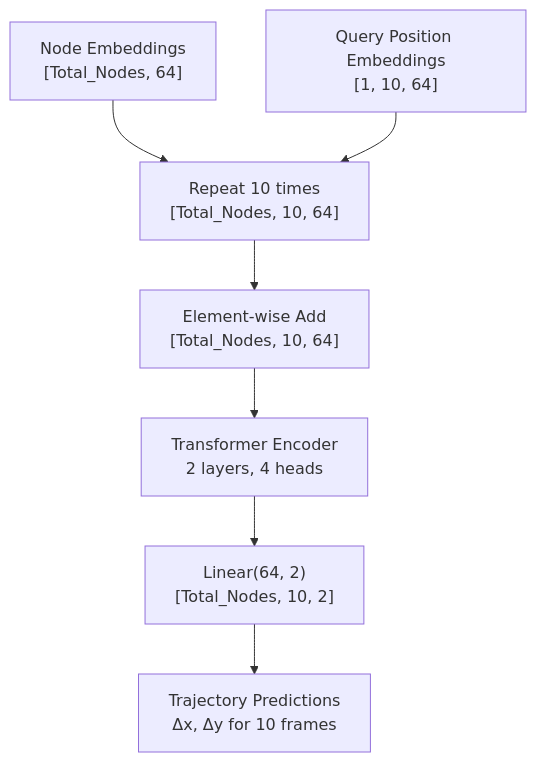
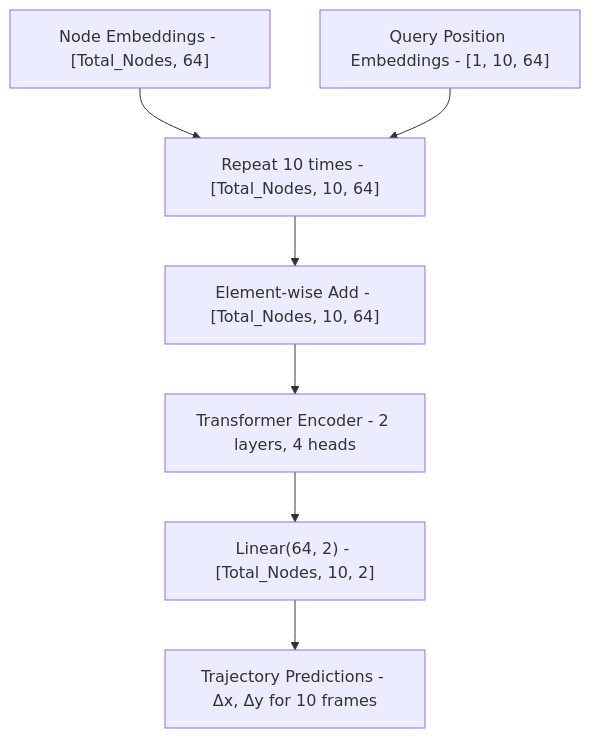
Before and after one commit to tanm-sys/NFL: the third of 5 diagrams in docs/architecture.md, drawn with Mermaid. The commit also changed other lines of this file and 1 other file, not shown here.

Commit message:
docs: standardize mermaid graph node label formatting for improved readability.

````diff
--- a/docs/architecture.md
+++ b/docs/architecture.md
@@ -134,9 +134,9 @@
 ```mermaid
 graph TD
-    NodeEmb["Node Embeddings<br/>[Total_Nodes, 64]"] --> Expand["Repeat 10 times<br/>[Total_Nodes, 10, 64]"]
-    QueryPos["Query Position Embeddings<br/>[1, 10, 64]"] --> Expand
-    Expand --> Add["Element-wise Add<br/>[Total_Nodes, 10, 64]"]
-    Add --> Trans["Transformer Encoder<br/>2 layers, 4 heads"]
-    Trans --> Head["Linear(64, 2)<br/>[Total_Nodes, 10, 2]"]
-    Head --> Output["Trajectory Predictions<br/>Δx, Δy for 10 frames"]
+    NodeEmb["Node Embeddings - [Total_Nodes, 64]"] --> Expand["Repeat 10 times - [Total_Nodes, 10, 64]"]
+    QueryPos["Query Position Embeddings - [1, 10, 64]"] --> Expand
+    Expand --> Add["Element-wise Add - [Total_Nodes, 10, 64]"]
+    Add --> Trans["Transformer Encoder - 2 layers, 4 heads"]
+    Trans --> Head["Linear(64, 2) - [Total_Nodes, 10, 2]"]
+    Head --> Output["Trajectory Predictions - Δx, Δy for 10 frames"]
 ```
````
